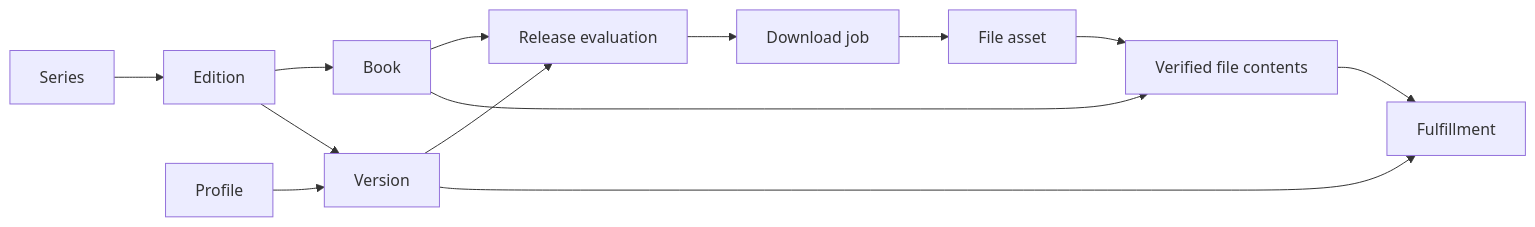
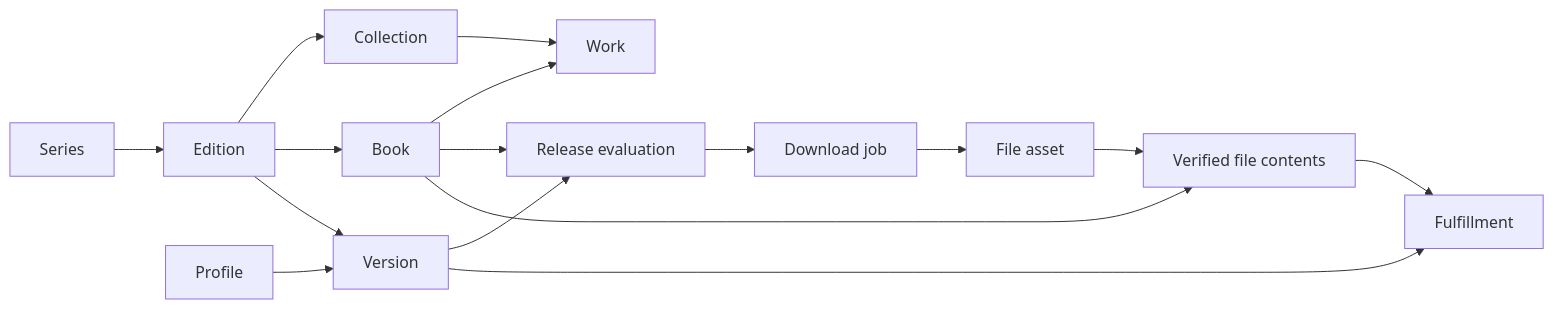
The diagram in docs/domain/editions.md (h-wb/sento), drawn with Mermaid before and after one commit. The commit also changed other lines of this file and 47 other files, not shown here.

````diff
--- a/docs/domain/editions.md
+++ b/docs/domain/editions.md
@@ -17,15 +19,18 @@
 ```mermaid
 flowchart LR
   Series --> Edition
+  Edition --> Collection
   Edition --> Book
+  Collection --> Work
+  Book --> Work
   Edition --> Version
   Profile --> Version
   Release[Release evaluation] --> Job[Download job]
   Version --> Release
   Book --> Release
   Job --> Asset[File asset]
   Asset --> Contents[Verified file contents]
   Book --> Contents
   Contents --> Fulfillment
   Version --> Fulfillment
 ```
````
